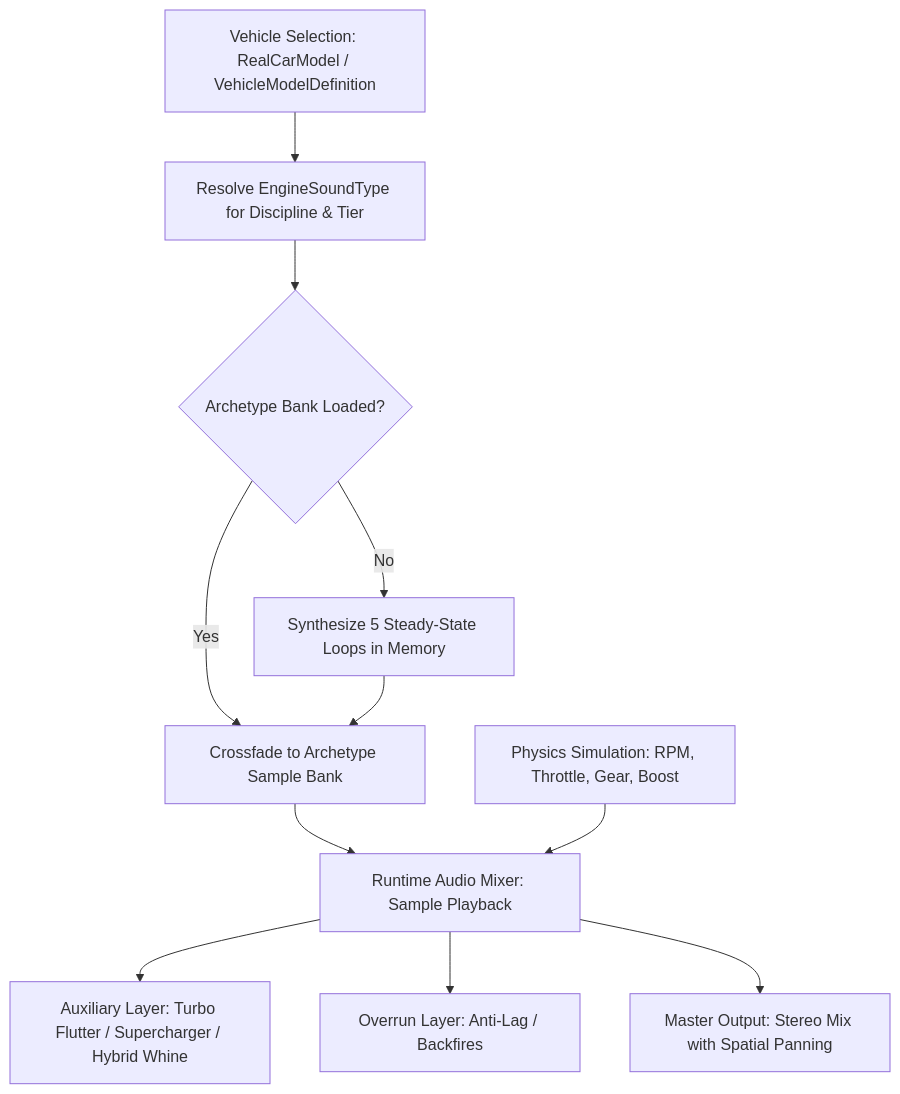
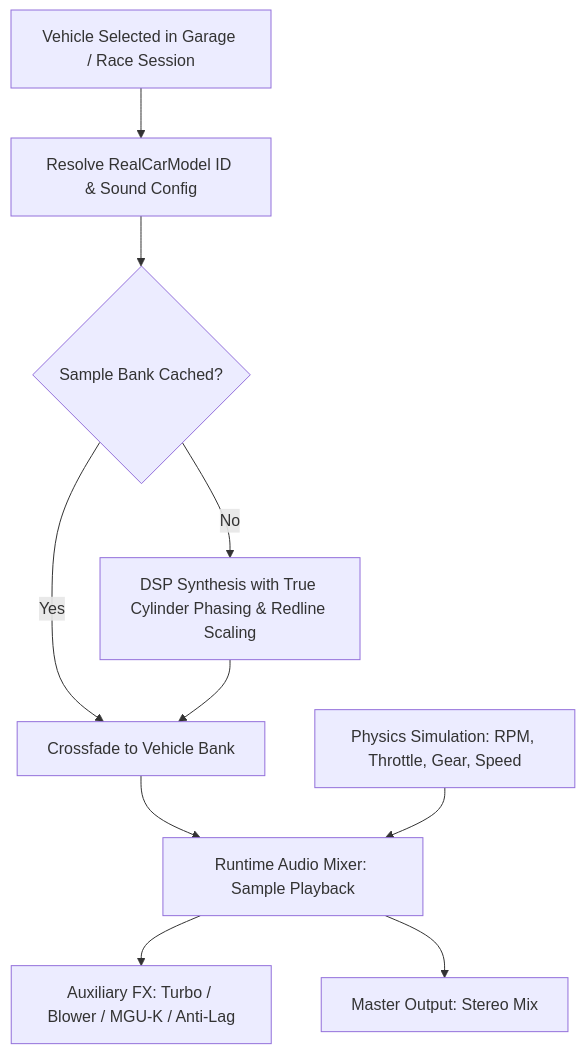
The diagram in specs/022_per_tier_engine_sound_banks_and_synthesis.md (magomar/tdrace), drawn with Mermaid before and after one commit. The commit also changed other lines of this file and 1 other file, not shown here.

Commit message:
docs(spec): update spec 022 for per-vehicle discrete sound modeling (keel-tdrace-a1wl)

````diff
--- a/specs/022_per_tier_engine_sound_banks_and_synthesis.md
+++ b/specs/022_per_tier_engine_sound_banks_and_synthesis.md
@@ -42,12 +45,11 @@
 ```mermaid
 graph TD
-    A[Vehicle Selection: RealCarModel / VehicleModelDefinition] --> B[Resolve EngineSoundType for Discipline & Tier]
-    B --> C{Archetype Bank Loaded?}
-    C -- Yes --> D[Crossfade to Archetype Sample Bank]
-    C -- No --> E[Synthesize 5 Steady-State Loops in Memory] --> D
+    A[Vehicle Selected in Garage / Race Session] --> B[Resolve RealCarModel ID & Sound Config]
+    B --> C{Sample Bank Cached?}
+    C -- Yes --> D[Crossfade to Vehicle Bank]
+    C -- No --> E[DSP Synthesis with True Cylinder Phasing & Redline Scaling] --> D
     D --> F[Runtime Audio Mixer: Sample Playback]
-    G[Physics Simulation: RPM, Throttle, Gear, Boost] --> F
-    F --> H[Auxiliary Layer: Turbo Flutter / Supercharger / Hybrid Whine]
-    F --> I[Overrun Layer: Anti-Lag / Backfires]
-    F --> J[Master Output: Stereo Mix with Spatial Panning]
+    G[Physics Simulation: RPM, Throttle, Gear, Speed] --> F
+    F --> H[Auxiliary FX: Turbo / Blower / MGU-K / Anti-Lag]
+    F --> I[Master Output: Stereo Mix]
 ```
````
